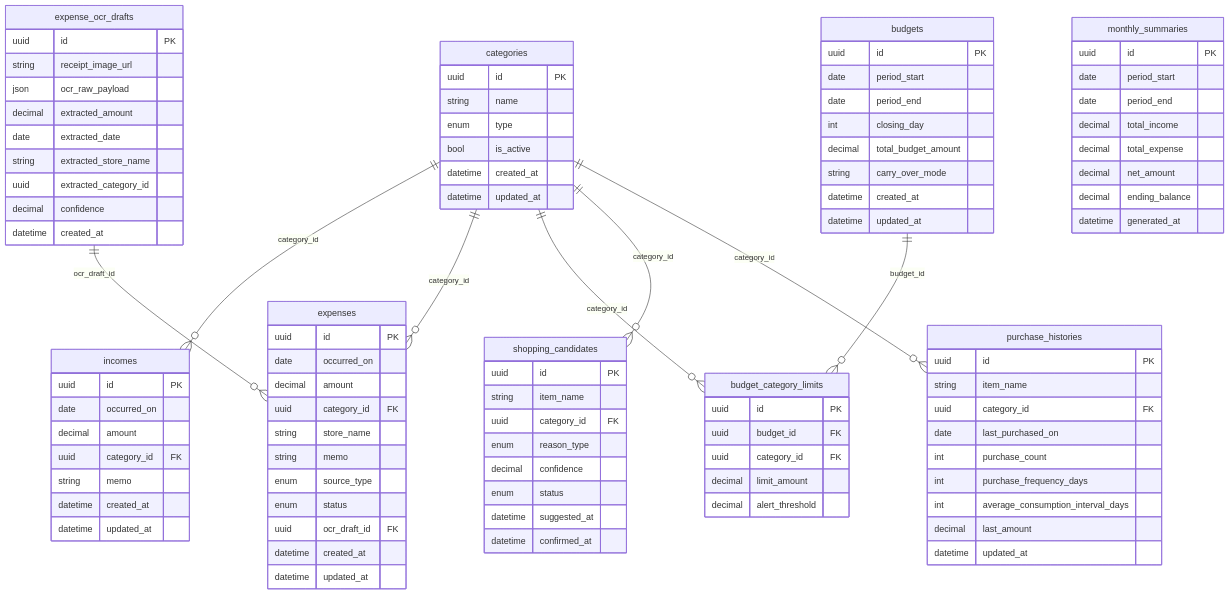
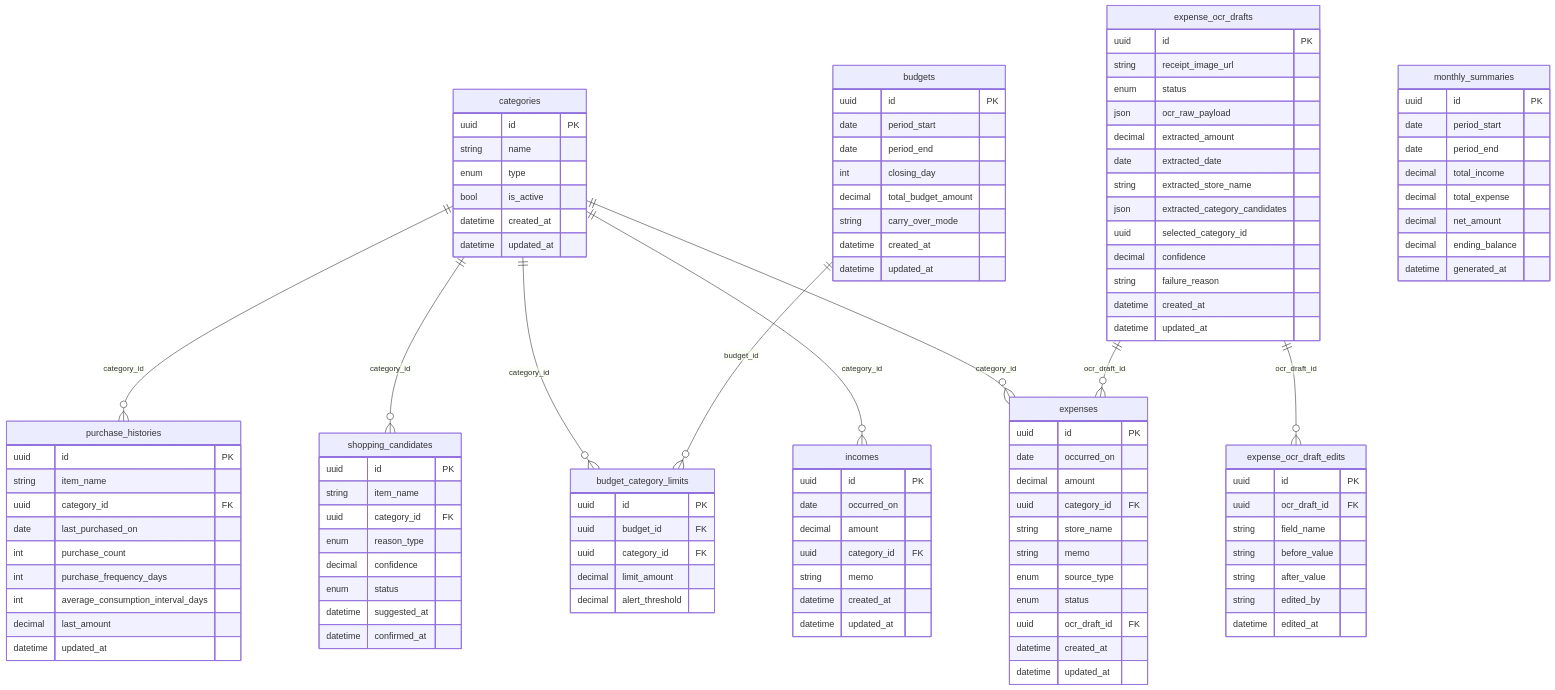
The diagram in docs/ssd/data-model-solo-life-support-v1.md (nigoh/stocko), drawn with Mermaid before and after one commit. The commit also changed other lines of this file and 2 other files, not shown here.

Commit message:
Sprint 2のOCR家計入力統合仕様を具体化

```diff
--- a/docs/ssd/data-model-solo-life-support-v1.md
+++ b/docs/ssd/data-model-solo-life-support-v1.md
@@ -56,6 +70,7 @@
 
     budgets ||--o{ budget_category_limits : "budget_id"
     expense_ocr_drafts ||--o{ expenses : "ocr_draft_id"
+    expense_ocr_drafts ||--o{ expense_ocr_draft_edits : "ocr_draft_id"
 
     categories {
       uuid id PK
@@ -93,13 +108,27 @@
     expense_ocr_drafts {
       uuid id PK
       string receipt_image_url
+      enum status
       json ocr_raw_payload
       decimal extracted_amount
       date extracted_date
       string extracted_store_name
-      uuid extracted_category_id
+      json extracted_category_candidates
+      uuid selected_category_id
       decimal confidence
+      string failure_reason
       datetime created_at
+      datetime updated_at
+    }
+
+    expense_ocr_draft_edits {
+      uuid id PK
+      uuid ocr_draft_id FK
+      string field_name
+      string before_value
+      string after_value
+      string edited_by
+      datetime edited_at
     }
 
     budgets {
```
